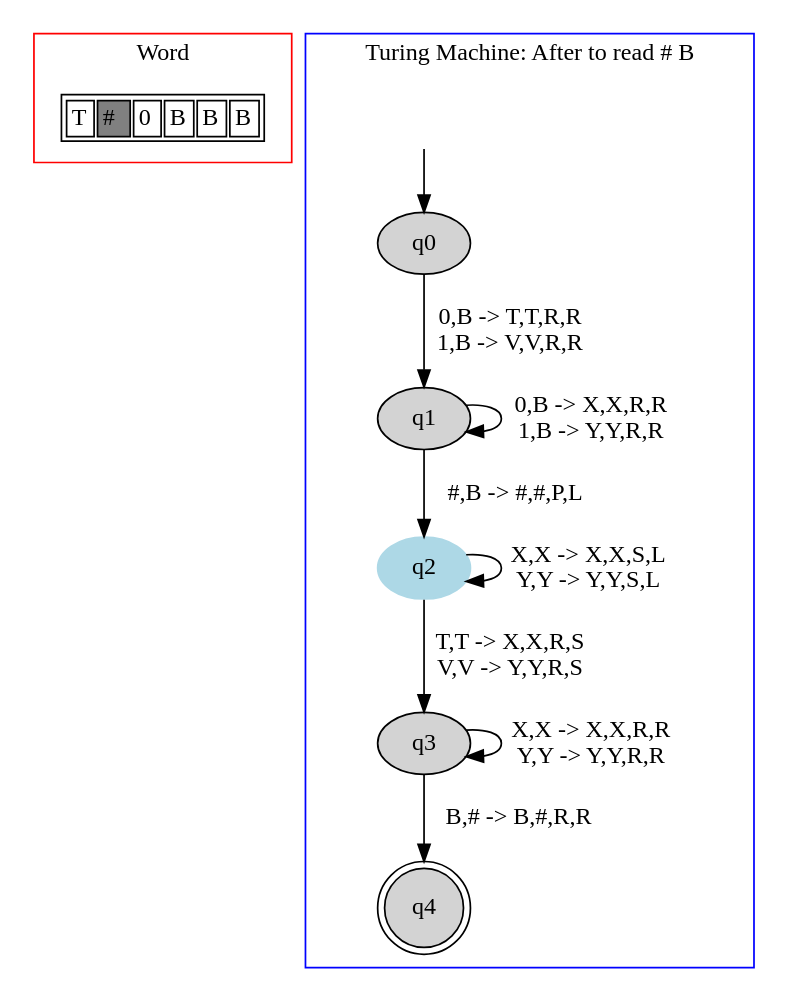
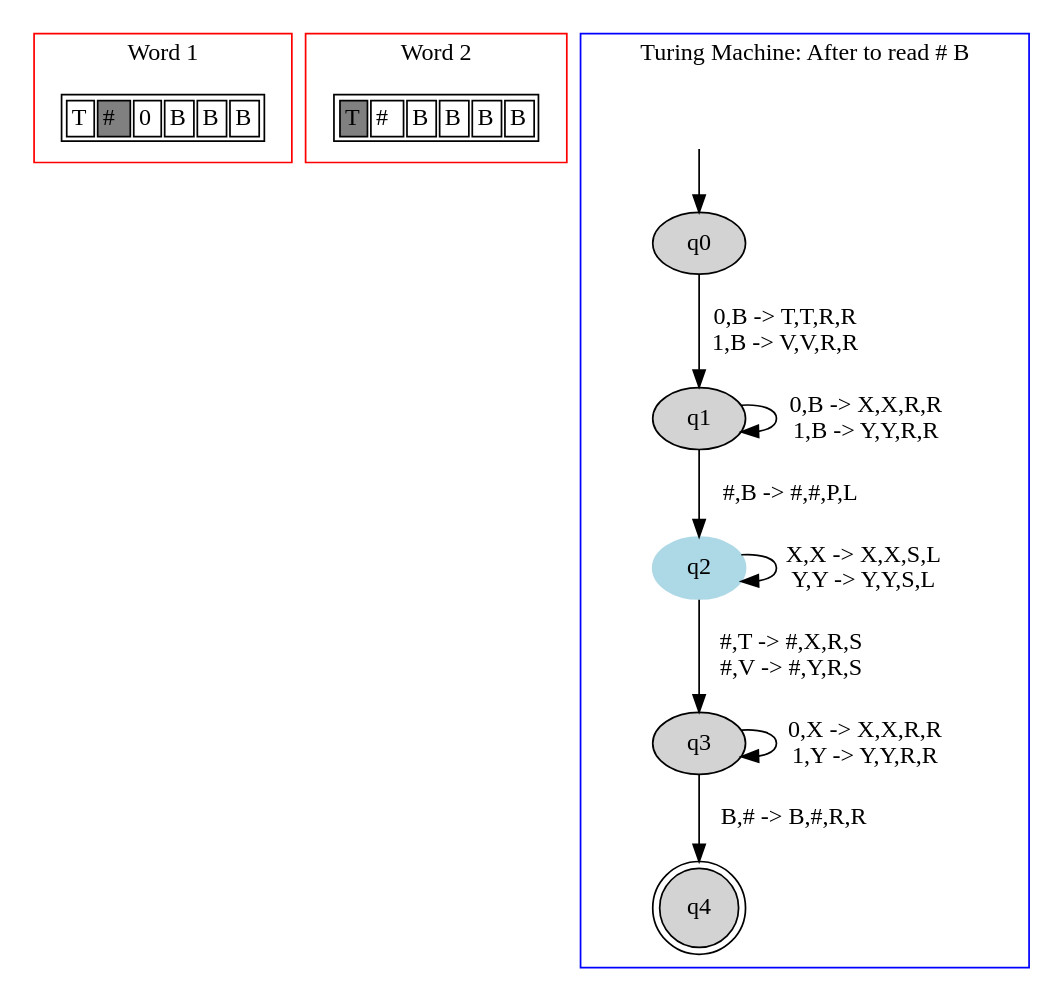
Before and after one commit to danielScLima/turing_machine_2_fitas: the diagram in TM2FITAS/images/file3.dot, drawn with Graphviz. The commit also changed 16 other files, not shown here.

```diff
--- a/TM2FITAS/images/file3.dot
+++ b/TM2FITAS/images/file3.dot
@@ -1,42 +1,58 @@
 digraph G {
 	subgraph cluster_0 {
 		node [shape=plaintext];
 
 struct1 [label=<<TABLE>
 <TR>
 <TD><FONT>T</FONT></TD>
 <TD BGCOLOR="gray"><FONT>#</FONT></TD>
 <TD><FONT>0</FONT></TD>
 <TD><FONT>B</FONT></TD>
 <TD><FONT>B</FONT></TD>
 <TD><FONT>B</FONT></TD>
 </TR>
 </TABLE>>];
-label = "Word";
+label = "Word 1";
+color=red;
+}
+	subgraph cluster_2 {
+		node [shape=plaintext];
+
+struct2 [label=<<TABLE>
+<TR>
+<TD BGCOLOR="gray"><FONT>T</FONT></TD>
+<TD><FONT>#</FONT></TD>
+<TD><FONT>B</FONT></TD>
+<TD><FONT>B</FONT></TD>
+<TD><FONT>B</FONT></TD>
+<TD><FONT>B</FONT></TD>
+</TR>
+</TABLE>>];
+label = "Word 2";
 color=red;
 }
 	subgraph cluster_1 {
 		node [style=filled];
 		label = "Turing Machine: After to read # B"
 		color=blue;
 
 		q0;
 		q1;
 		q2 [color="lightblue"];
 		q3;
 		q4 [shape="doublecircle"];
 		q0->q1[label="0,B -> T,T,R,R
 1,B -> V,V,R,R"];
 		q1->q1[label="0,B -> X,X,R,R
 1,B -> Y,Y,R,R"];
 		q1->q2[label="#,B -> #,#,P,L"];
 		q2->q2[label="X,X -> X,X,S,L
 Y,Y -> Y,Y,S,L"];
-		q2->q3[label="T,T -> X,X,R,S
-V,V -> Y,Y,R,S"];
-		q3->q3[label="X,X -> X,X,R,R
-Y,Y -> Y,Y,R,R"];
+		q2->q3[label="#,T -> #,X,R,S
+#,V -> #,Y,R,S"];
+		q3->q3[label="0,X -> X,X,R,R
+1,Y -> Y,Y,R,R"];
 		q3->q4[label="B,# -> B,#,R,R"];
 x [color=white, label=""];		x->q0	}
 
 }
```
